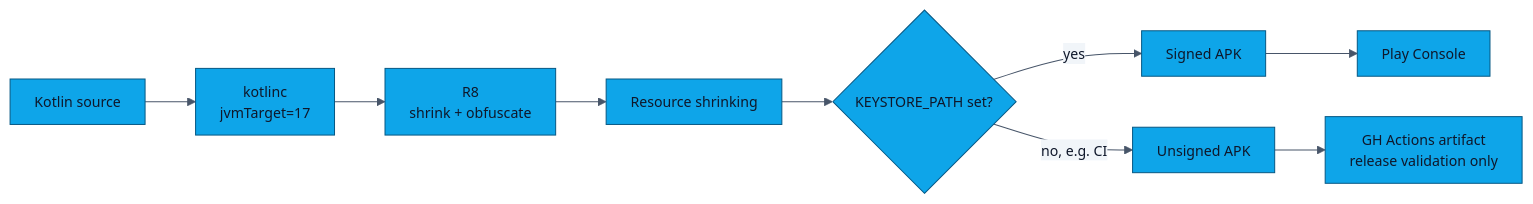
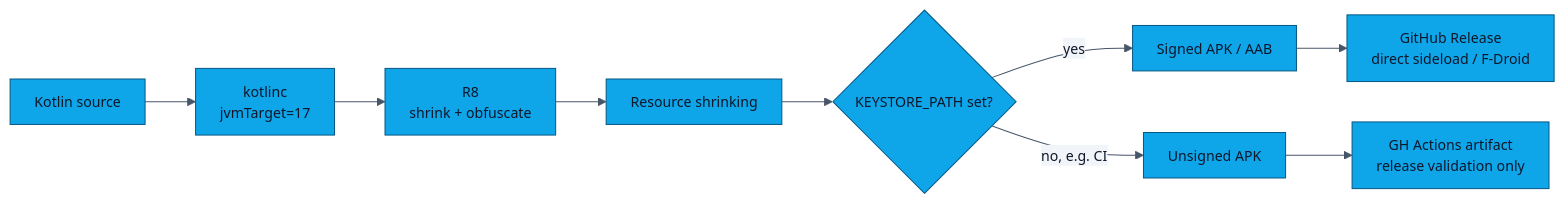
Before and after one commit to showerideas/Aura: the second of 2 diagrams in docs/SECURITY.md, drawn with Mermaid. The commit also changed other lines of this file and 194 other files, not shown here.

Commit message:
fix: v4.0.0 production audit — dead code elimination, HybridKemEngine wiring, deeplink routing fix, relay pin expiry correction, version alignment, stale migration removed, README/ROADMAP/SECURITY/ARCHITECTURE/WIRE_PROTOCOL accuracy rewrite

````diff
--- a/docs/SECURITY.md
+++ b/docs/SECURITY.md
@@ -102,23 +102,23 @@
 ```mermaid
 %%{init: {'theme':'base','themeVariables':{
   'fontFamily':'ui-monospace, SFMono-Regular, Menlo, Monaco, monospace',
   'fontSize':'14px',
   'primaryColor':'#0EA5E9',
   'primaryTextColor':'#0F172A',
   'primaryBorderColor':'#075985',
   'lineColor':'#475569',
   'secondaryColor':'#F1F5F9',
   'tertiaryColor':'#FAFAF9',
   'clusterBkg':'#F8FAFC',
   'clusterBorder':'#CBD5E1'
 },'flowchart':{'curve':'basis','nodeSpacing':40,'rankSpacing':50,'padding':12},'sequence':{'actorMargin':50,'boxMargin':10,'noteMargin':10,'messageMargin':35}}}%%
 flowchart LR
     src[Kotlin source] --> compile[kotlinc<br/>jvmTarget=17]
     compile --> r8[R8<br/>shrink + obfuscate]
     r8 --> shrink[Resource shrinking]
     shrink --> sign{KEYSTORE_PATH set?}
-    sign -- yes --> signed[Signed APK]
+    sign -- yes --> signed[Signed APK / AAB]
     sign -- no, e.g. CI --> unsigned[Unsigned APK]
-    signed --> upload[Play Console]
+    signed --> artifact2[GitHub Release<br/>direct sideload / F-Droid]
     unsigned --> artifact[GH Actions artifact<br/>release validation only]
 ```
````
